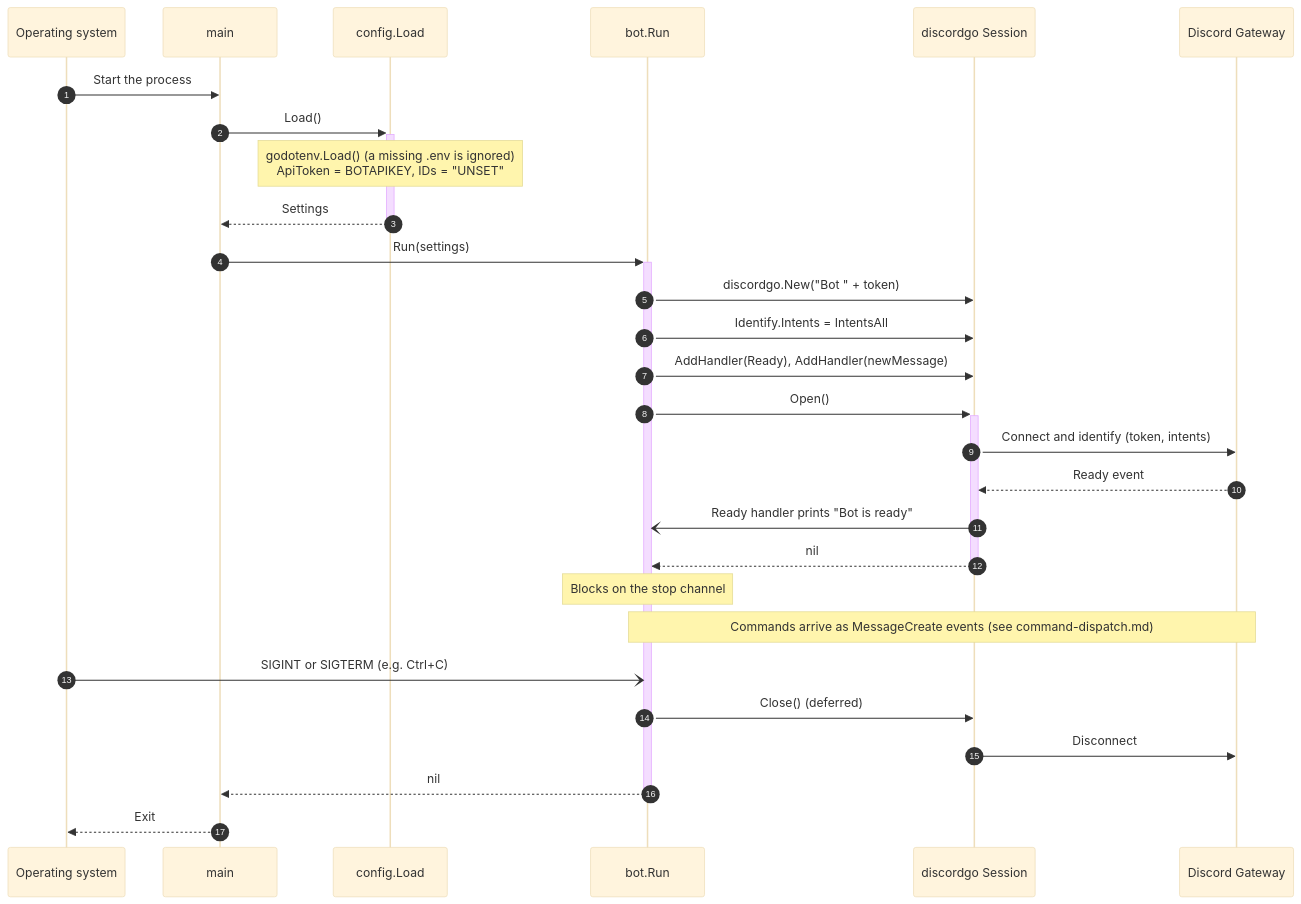
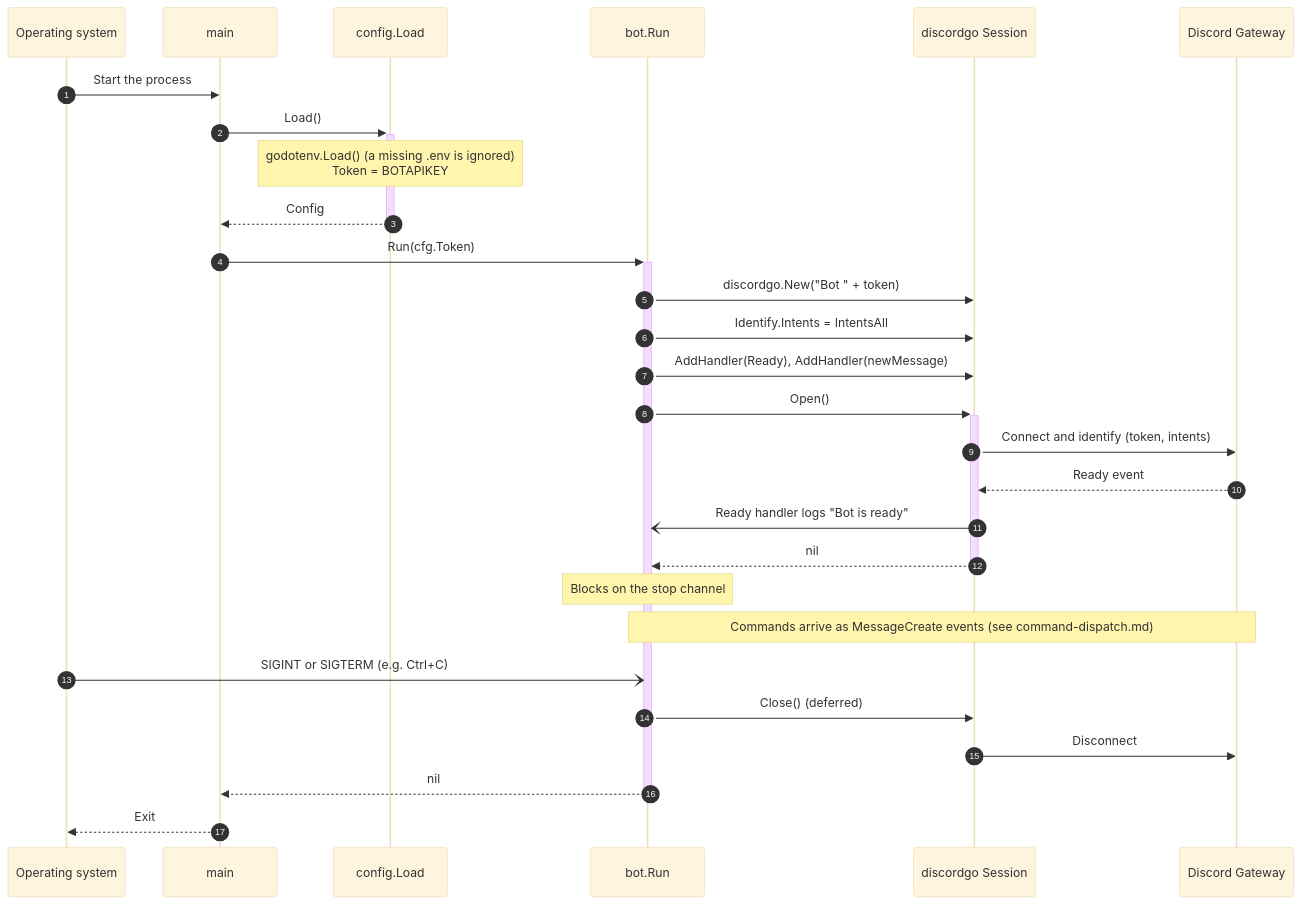
One commit to RAGNOARAKNOS/BotOnTheClocktower changed the second of 2 diagrams in docs/uml/startup.md. Above: the diagram before and after it, drawn with Mermaid (base theme). The commit also changed other lines of this file and 13 other files, not shown here.

````diff
--- a/docs/uml/startup.md
+++ b/docs/uml/startup.md
@@ -37,31 +37,31 @@
 ```mermaid
 sequenceDiagram
     autonumber
     participant OS as Operating system
     participant Main as main
     participant Config as config.Load
     participant Bot as bot.Run
     participant Session as discordgo Session
     participant Gateway as Discord Gateway
 
     OS->>Main: Start the process
     Main->>+Config: Load()
-    Note over Config: godotenv.Load() (a missing .env is ignored)<br/>ApiToken = BOTAPIKEY, IDs = "UNSET"
-    Config-->>-Main: Settings
-    Main->>+Bot: Run(settings)
+    Note over Config: godotenv.Load() (a missing .env is ignored)<br/>Token = BOTAPIKEY
+    Config-->>-Main: Config
+    Main->>+Bot: Run(cfg.Token)
     Bot->>Session: discordgo.New("Bot " + token)
     Bot->>Session: Identify.Intents = IntentsAll
     Bot->>Session: AddHandler(Ready), AddHandler(newMessage)
     Bot->>+Session: Open()
     Session->>Gateway: Connect and identify (token, intents)
     Gateway-->>Session: Ready event
-    Session-)Bot: Ready handler prints "Bot is ready"
+    Session-)Bot: Ready handler logs "Bot is ready"
     Session-->>-Bot: nil
     Note over Bot: Blocks on the stop channel
     Note over Gateway,Bot: Commands arrive as MessageCreate events (see command-dispatch.md)
     OS-)Bot: SIGINT or SIGTERM (e.g. Ctrl+C)
     Bot->>Session: Close() (deferred)
     Session->>Gateway: Disconnect
     Bot-->>-Main: nil
     Main-->>OS: Exit
 ```
````
